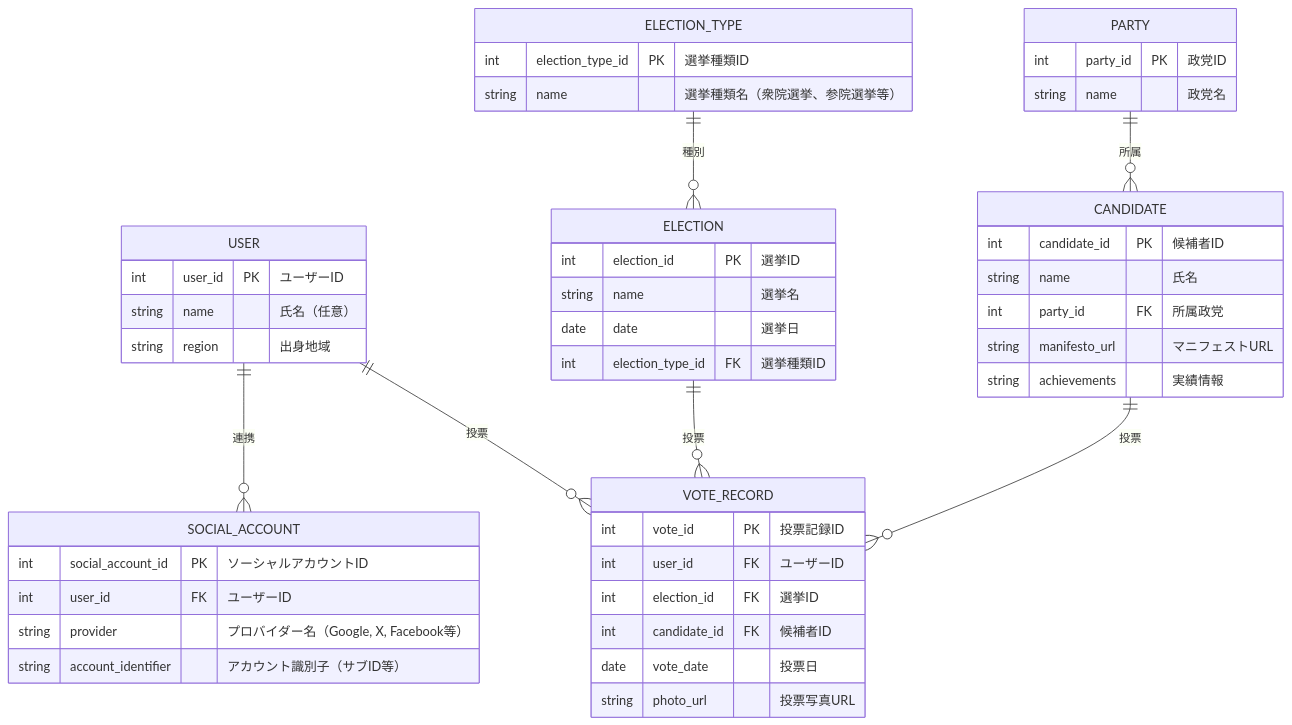
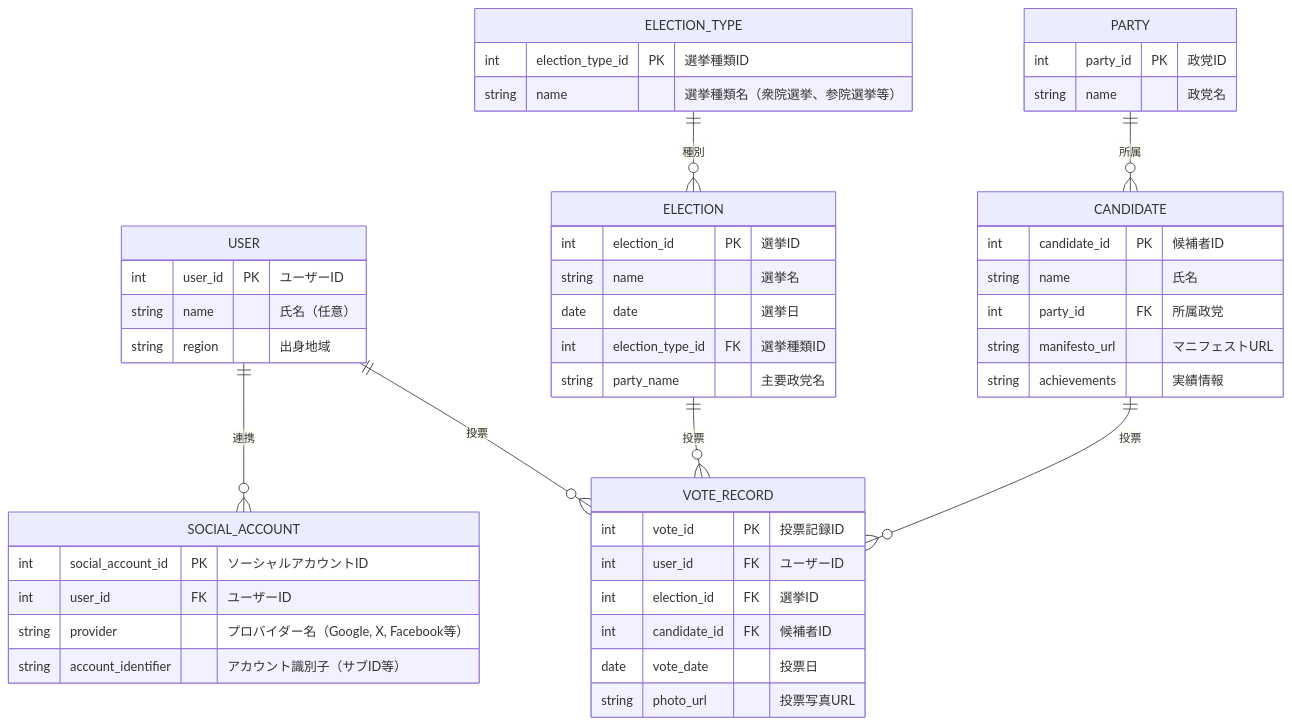
One commit to papettoTV/my-tohyo changed the diagram in doc/ER.md. Above: the diagram before and after it, drawn with Mermaid. The commit also changed other lines of this file and 6 other files, not shown here.

````diff
--- a/doc/ER.md
+++ b/doc/ER.md
@@ -5,50 +5,51 @@
 ```mermaid
 erDiagram
     USER {
         int user_id PK "ユーザーID"
         string name "氏名（任意）"
         string region "出身地域"
     }
     SOCIAL_ACCOUNT {
         int social_account_id PK "ソーシャルアカウントID"
         int user_id FK "ユーザーID"
         string provider "プロバイダー名（Google, X, Facebook等）"
         string account_identifier "アカウント識別子（サブID等）"
     }
     ELECTION_TYPE {
         int election_type_id PK "選挙種類ID"
         string name "選挙種類名（衆院選挙、参院選挙等）"
     }
     ELECTION {
         int election_id PK "選挙ID"
         string name "選挙名"
         date date "選挙日"
         int election_type_id FK "選挙種類ID"
+        string party_name "主要政党名"
     }
     PARTY {
         int party_id PK "政党ID"
         string name "政党名"
     }
     CANDIDATE {
         int candidate_id PK "候補者ID"
         string name "氏名"
         int party_id FK "所属政党"
         string manifesto_url "マニフェストURL"
         string achievements "実績情報"
     }
     VOTE_RECORD {
         int vote_id PK "投票記録ID"
         int user_id FK "ユーザーID"
         int election_id FK "選挙ID"
         int candidate_id FK "候補者ID"
         date vote_date "投票日"
         string photo_url "投票写真URL"
     }
 
     USER ||--o{ SOCIAL_ACCOUNT : "連携"
     USER ||--o{ VOTE_RECORD : "投票"
     ELECTION_TYPE ||--o{ ELECTION : "種別"
     ELECTION ||--o{ VOTE_RECORD : "投票"
     CANDIDATE ||--o{ VOTE_RECORD : "投票"
     PARTY ||--o{ CANDIDATE : "所属"
 ```
````
